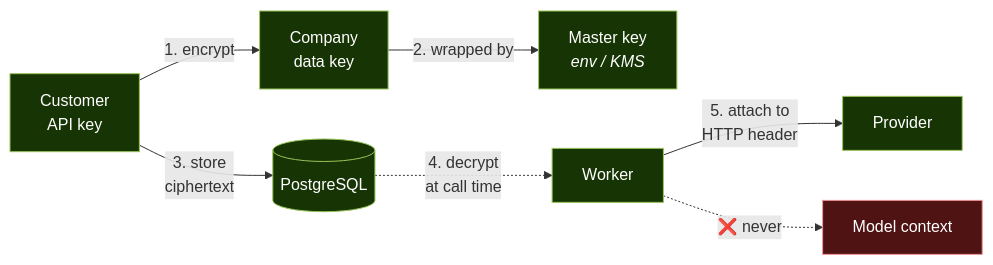
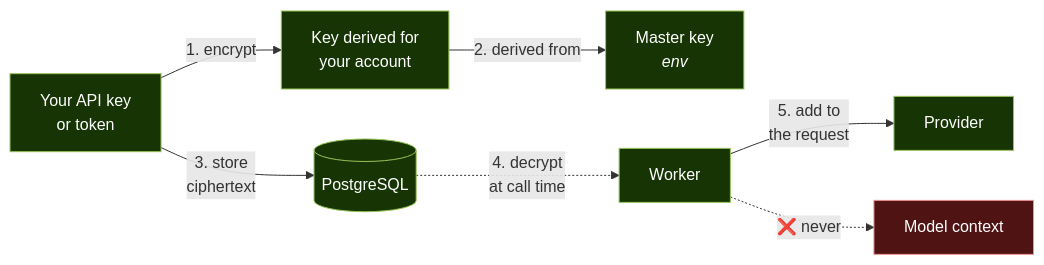
One commit to dharaneechinnu/ai-employee-platform changed diagram 12 of 12 in docs/HLD.md. Above: the diagram before and after it, drawn with Mermaid. The commit also changed other lines of this file and 7 other files, not shown here.

````diff
--- a/docs/HLD.md
+++ b/docs/HLD.md
@@ -834,14 +673,14 @@
 ```mermaid
 graph LR
-    K["Customer<br/>API key"] -->|"1. encrypt"| DEK["Company<br/>data key"]
-    DEK -->|"2. wrapped by"| MK["Master key<br/><i>env / KMS</i>"]
+    K["Your API key<br/>or token"] -->|"1. encrypt"| DK["Key derived for<br/>your account"]
+    DK -->|"2. derived from"| MK["Master key<br/><i>env</i>"]
     K -->|"3. store<br/>ciphertext"| DB[("PostgreSQL")]
     DB -.->|"4. decrypt<br/>at call time"| W["Worker"]
-    W -->|"5. attach to<br/>HTTP header"| EXT["Provider"]
+    W -->|"5. add to<br/>the request"| EXT["Provider"]
     W -.->|"❌ never"| CTX["Model context"]
 
     classDef sec fill:#501313,stroke:#F09595,color:#fff
     classDef ok fill:#173404,stroke:#97C459,color:#fff
     class CTX sec
-    class K,DEK,MK,DB,W,EXT ok
+    class K,DK,MK,DB,W,EXT ok
 ```
````
